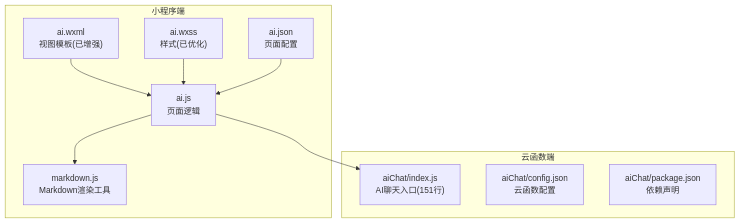
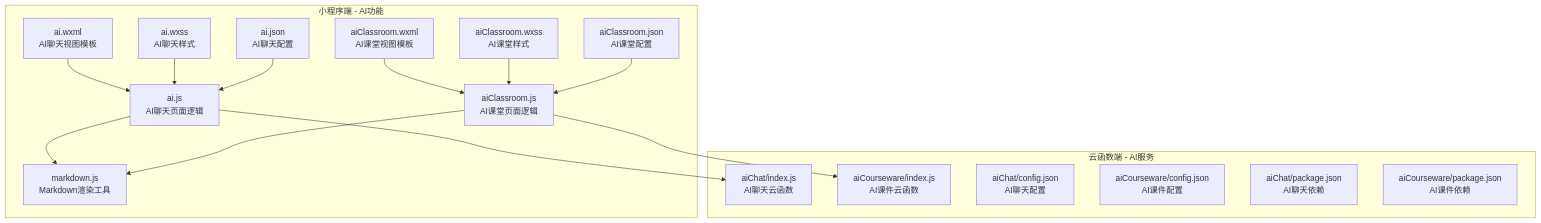
Before and after one commit to cwb7756/bio: the first of 12 diagrams in .qoder/repowiki/zh/content/核心功能模块/AI智能助手.md, drawn with Mermaid. The commit also changed other lines of this file and 45 other files, not shown here.

````diff
--- a/.qoder/repowiki/zh/content/核心功能模块/AI智能助手.md
+++ b/.qoder/repowiki/zh/content/核心功能模块/AI智能助手.md
@@ -50,20 +56,32 @@
 ```mermaid
 graph TB
-subgraph "小程序端"
-A["ai.js<br/>页面逻辑"]
-B["ai.wxml<br/>视图模板(已增强)"]
-C["ai.wxss<br/>样式(已优化)"]
-D["ai.json<br/>页面配置"]
-E["markdown.js<br/>Markdown渲染工具"]
+subgraph "小程序端 - AI功能"
+A["ai.js<br/>AI聊天页面逻辑"]
+B["ai.wxml<br/>AI聊天视图模板"]
+C["ai.wxss<br/>AI聊天样式"]
+D["ai.json<br/>AI聊天配置"]
+E["aiClassroom.js<br/>AI课堂页面逻辑"]
+F["aiClassroom.wxml<br/>AI课堂视图模板"]
+G["aiClassroom.wxss<br/>AI课堂样式"]
+H["aiClassroom.json<br/>AI课堂配置"]
+I["markdown.js<br/>Markdown渲染工具"]
 end
-subgraph "云函数端"
-F["aiChat/index.js<br/>AI聊天入口(151行)"]
-G["aiChat/config.json<br/>云函数配置"]
-H["aiChat/package.json<br/>依赖声明"]
+subgraph "云函数端 - AI服务"
+J["aiChat/index.js<br/>AI聊天云函数"]
+K["aiCourseware/index.js<br/>AI课件云函数"]
+L["aiChat/config.json<br/>AI聊天配置"]
+M["aiCourseware/config.json<br/>AI课件配置"]
+N["aiChat/package.json<br/>AI聊天依赖"]
+O["aiCourseware/package.json<br/>AI课件依赖"]
 end
-A --> F
+A --> J
+E --> K
 B --> A
 C --> A
 D --> A
-A --> E
+F --> E
+G --> E
+H --> E
+A --> I
+E --> I
 ```
````
